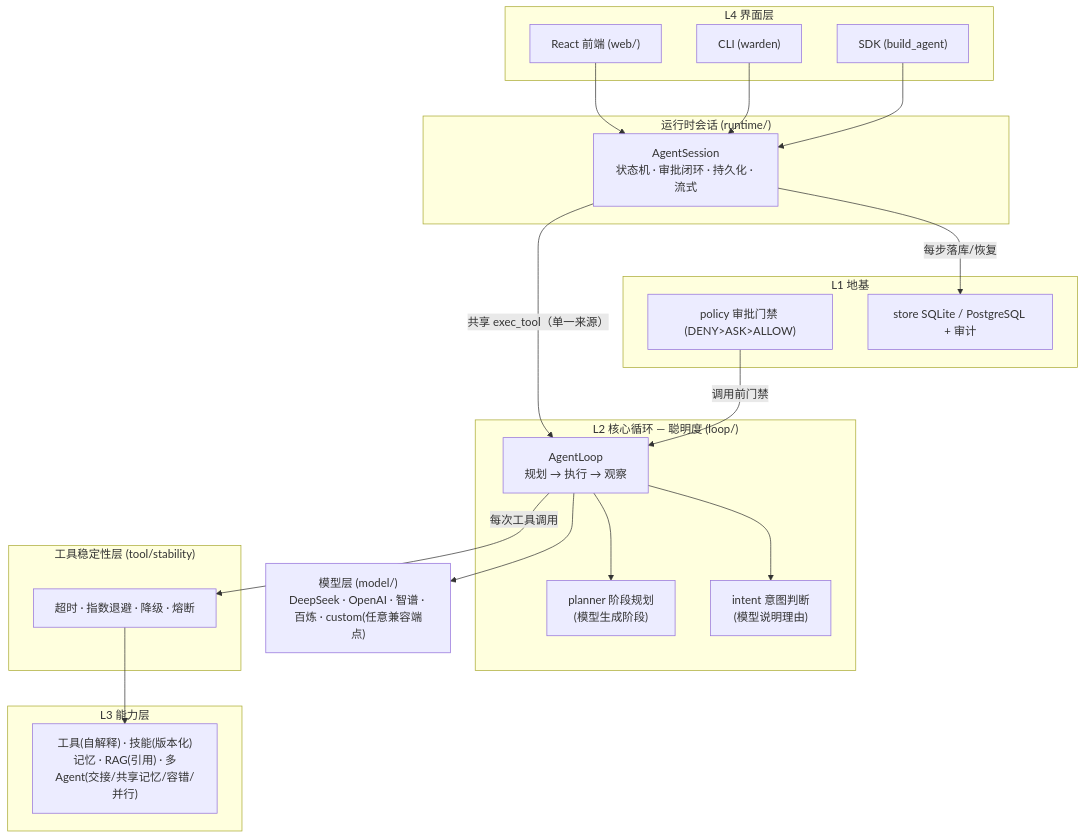
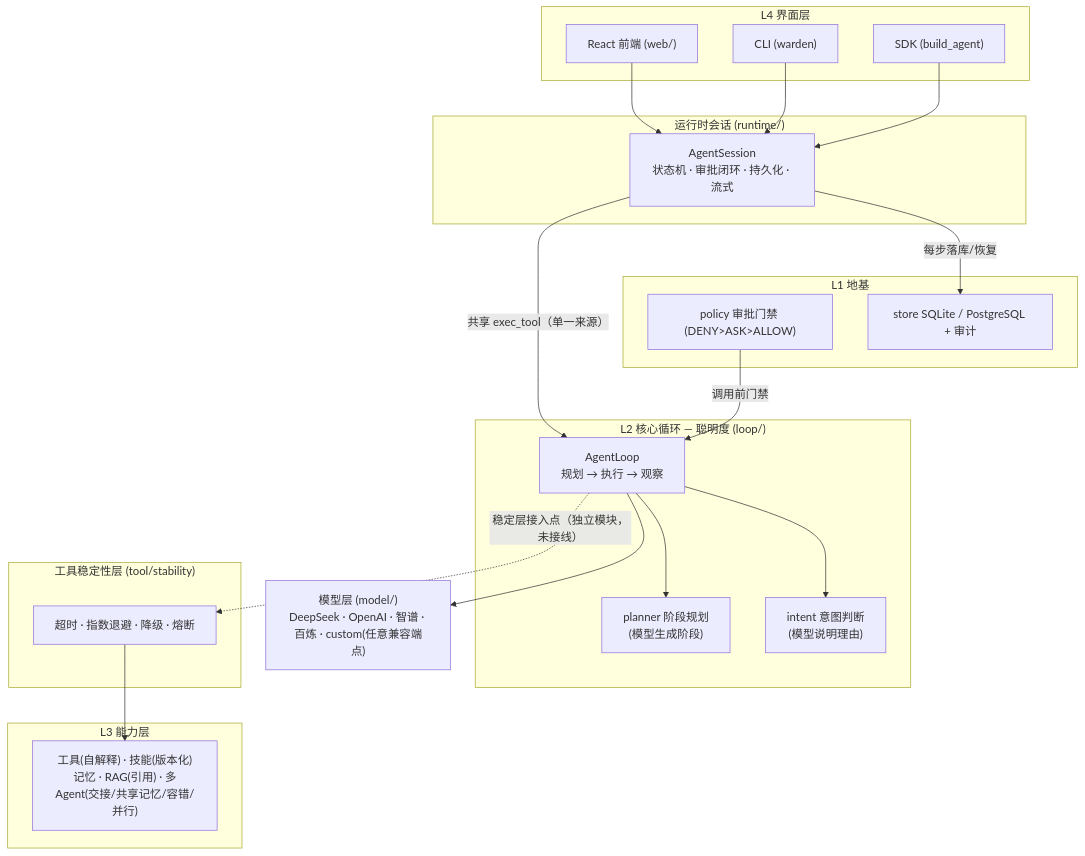
Before and after one commit to kwny-io/warden-agent: the second of 2 diagrams in README.md, drawn with Mermaid. The commit also changed other lines of this file and 20 other files, not shown here.

````diff
--- a/README.md
+++ b/README.md
@@ -170,45 +181,45 @@
 ```mermaid
 flowchart TB
     subgraph L4["L4 界面层"]
         UI["React 前端 (web/)"]
         CLI["CLI (warden)"]
         SDK["SDK (build_agent)"]
     end
 
     subgraph RT["运行时会话 (runtime/)"]
         SESSION["AgentSession\n状态机 · 审批闭环 · 持久化 · 流式"]
     end
 
     subgraph L2["L2 核心循环 — 聪明度 (loop/)"]
         LOOP["AgentLoop\n规划 → 执行 → 观察"]
         PL["planner 阶段规划\n(模型生成阶段)"]
         INT["intent 意图判断\n(模型说明理由)"]
     end
 
     subgraph STAB["工具稳定性层 (tool/stability)"]
         SB["超时 · 指数退避 · 降级 · 熔断"]
     end
 
     subgraph L3["L3 能力层"]
         TOOL["工具(自解释) · 技能(版本化)\n记忆 · RAG(引用) · 多Agent(交接/共享记忆/容错/并行)"]
     end
 
     subgraph L1["L1 地基"]
         POL["policy 审批门禁 (DENY>ASK>ALLOW)"]
         STORE["store SQLite / PostgreSQL + 审计"]
     end
 
     MODEL["模型层 (model/)\nDeepSeek · OpenAI · 智谱 · 百炼 · custom(任意兼容端点)"]
 
     UI --> SESSION
     CLI --> SESSION
     SDK --> SESSION
     SESSION -- "共享 exec_tool（单一来源）" --> LOOP
     LOOP --> PL
     LOOP --> INT
-    LOOP -- "每次工具调用" --> SB
+    LOOP -. "稳定层接入点（独立模块，未接线）" .-> SB
     SB --> TOOL
     POL -- "调用前门禁" --> LOOP
     SESSION -- "每步落库/恢复" --> STORE
     LOOP --> MODEL
 ```
````
